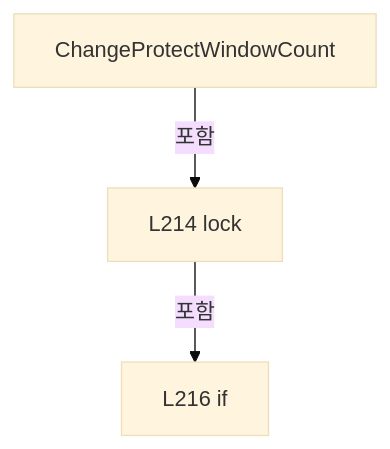
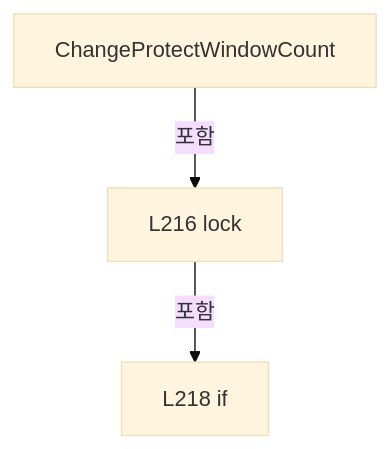
Diagram 11 of 18 in A3 LD Code Ref/files/Drilling.Common/Managers/CRecipeManager.cs.md (kjuws10-rgb/Shared), drawn with Mermaid (base theme) before and after one commit. The commit also changed other lines of this file and 2071 other files, not shown here.

Commit message:
docs(a3): update 11.19.0 architecture and code reference

````diff
--- a/A3 LD Code Ref/files/Drilling.Common/Managers/CRecipeManager.cs.md
+++ b/A3 LD Code Ref/files/Drilling.Common/Managers/CRecipeManager.cs.md
@@ -1682,8 +1683,8 @@
 ```mermaid
 flowchart TD
  M["ChangeProtectWindowCount"]
- N0["L214 lock"]
+ N0["L216 lock"]
  M -->|포함| N0
- N1["L216 if"]
+ N1["L218 if"]
  N0 -->|포함| N1
 ```
````
